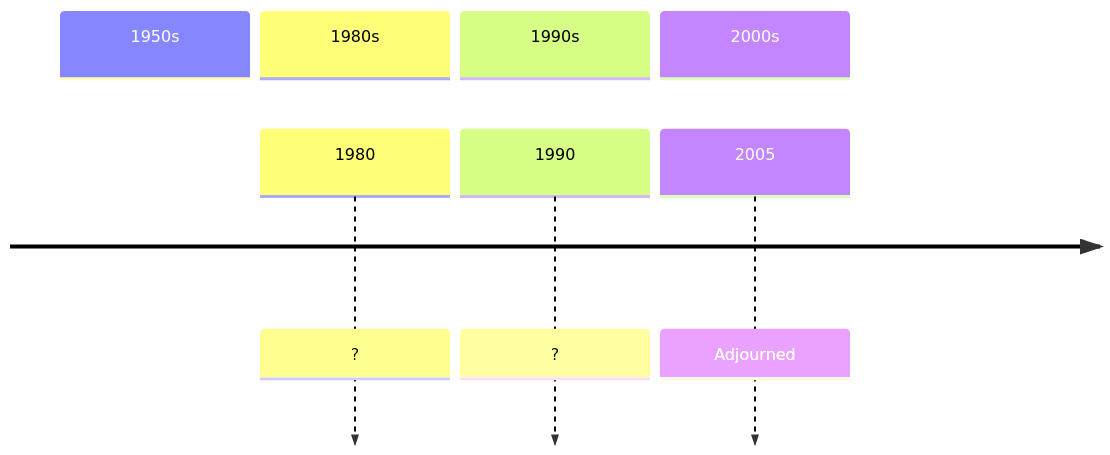
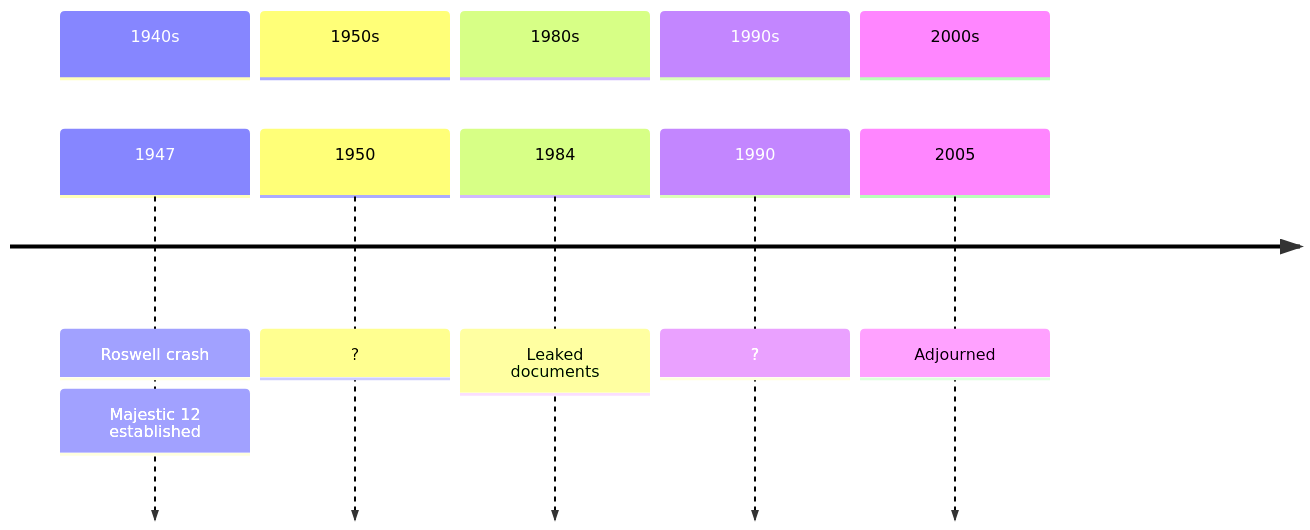
One commit to Black-Star-Institute/blackstar.github.io changed the diagram in docs/organisations/mj12.md. Above: the diagram before and after it, drawn with Mermaid. The commit also changed other lines of this file, not shown here.

````diff
--- a/docs/organisations/mj12.md
+++ b/docs/organisations/mj12.md
@@ -33,11 +41,14 @@
 ```mermaid
 timeline
+    section 1940s
+        1947 : Roswell crash
+             : Majestic 12 established
     section 1950s
-        
+        1950 : ?
     section 1980s
-        1980 : ?
+        1984 : Leaked documents
     section 1990s
         1990 : ?
     section 2000s
         2005 : Adjourned
 ```
````
